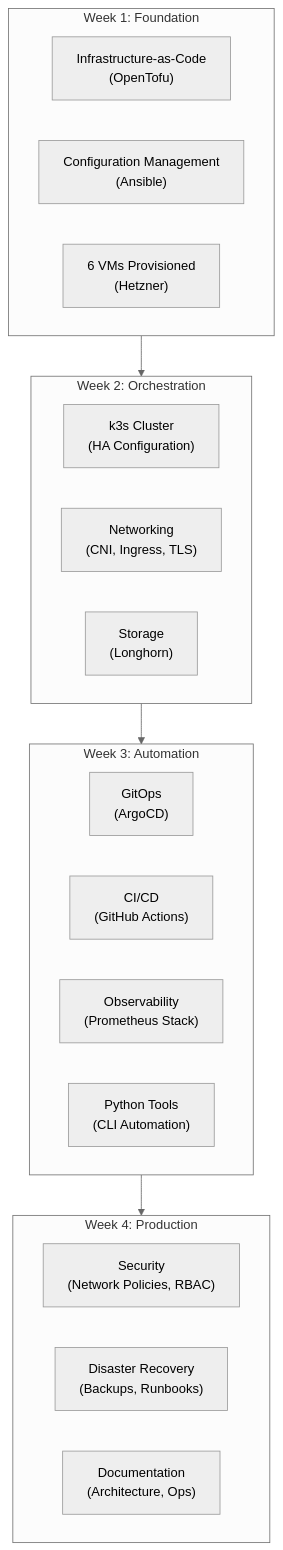
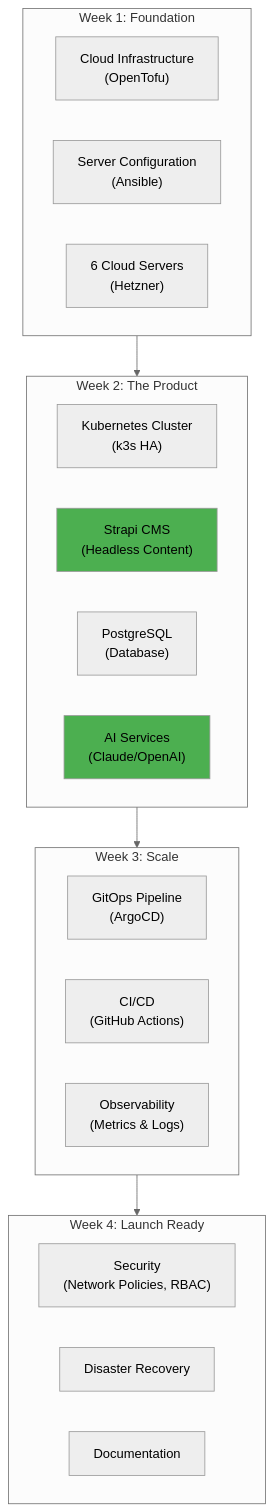
The first of 4 diagrams in DevOps/04-Internship/03-What-You-Build.md (PearlThoughtsInternship/Internship-Obsidian-Vault), drawn with Mermaid (neutral theme) before and after one commit. The commit also changed other lines of this file and 4 other files, not shown here.

First line of the commit message:
Reframe all internship docs around ContentAI product narrative

````diff
--- a/DevOps/04-Internship/03-What-You-Build.md
+++ b/DevOps/04-Internship/03-What-You-Build.md
@@ -11,29 +11,32 @@
 ```mermaid
 flowchart TB
     subgraph Week1["Week 1: Foundation"]
-        IaC["Infrastructure-as-Code\n(OpenTofu)"]
-        CM["Configuration Management\n(Ansible)"]
-        VMs["6 VMs Provisioned\n(Hetzner)"]
+        IaC["Cloud Infrastructure\n(OpenTofu)"]
+        CM["Server Configuration\n(Ansible)"]
+        VMs["6 Cloud Servers\n(Hetzner)"]
     end
 
-    subgraph Week2["Week 2: Orchestration"]
-        K3S["k3s Cluster\n(HA Configuration)"]
-        NET["Networking\n(CNI, Ingress, TLS)"]
-        STOR["Storage\n(Longhorn)"]
+    subgraph Week2["Week 2: The Product"]
+        K3S["Kubernetes Cluster\n(k3s HA)"]
+        STRAPI["Strapi CMS\n(Headless Content)"]
+        DB["PostgreSQL\n(Database)"]
+        AI["AI Services\n(Claude/OpenAI)"]
     end
 
-    subgraph Week3["Week 3: Automation"]
-        GITOPS["GitOps\n(ArgoCD)"]
+    subgraph Week3["Week 3: Scale"]
+        GITOPS["GitOps Pipeline\n(ArgoCD)"]
         CICD["CI/CD\n(GitHub Actions)"]
-        OBS["Observability\n(Prometheus Stack)"]
-        PY["Python Tools\n(CLI Automation)"]
+        OBS["Observability\n(Metrics & Logs)"]
     end
 
-    subgraph Week4["Week 4: Production"]
+    subgraph Week4["Week 4: Launch Ready"]
         SEC["Security\n(Network Policies, RBAC)"]
-        DR["Disaster Recovery\n(Backups, Runbooks)"]
-        DOC["Documentation\n(Architecture, Ops)"]
+        DR["Disaster Recovery"]
+        DOC["Documentation"]
     end
 
     Week1 --> Week2 --> Week3 --> Week4
+
+    style STRAPI fill:#4CAF50
+    style AI fill:#4CAF50
 ```
````
